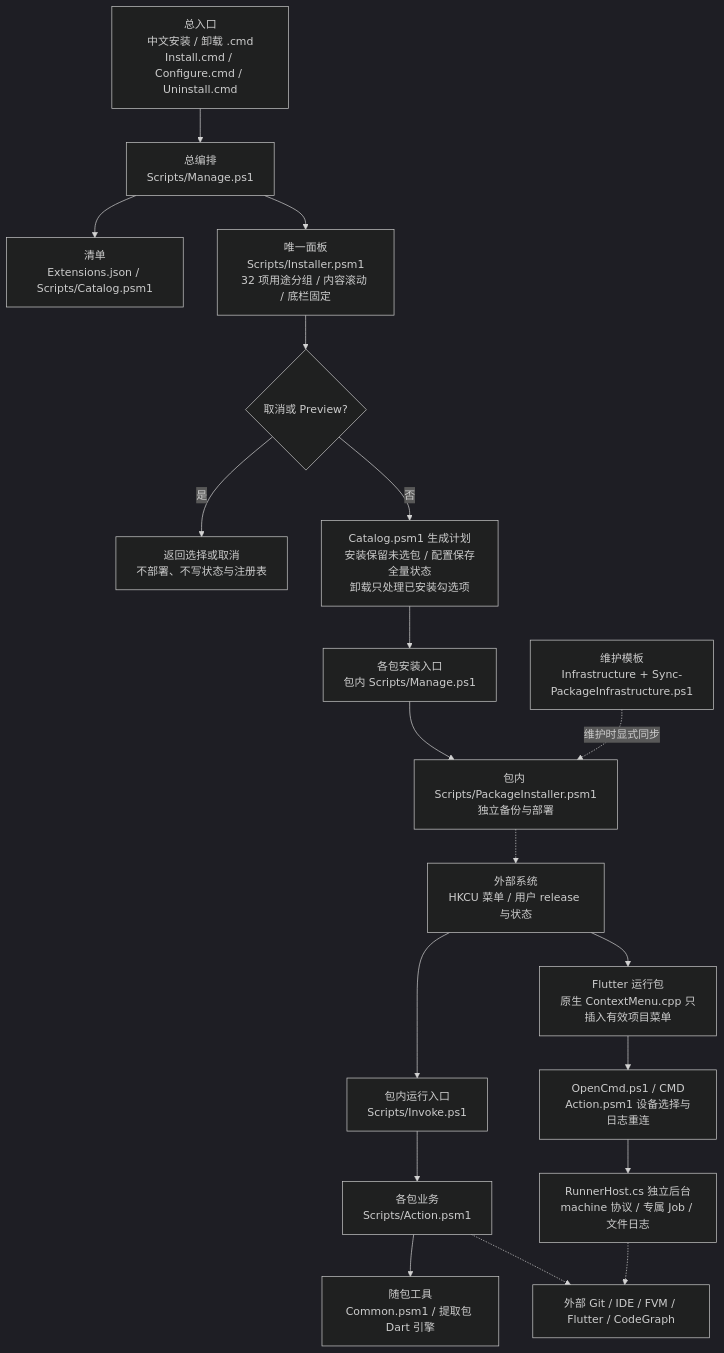
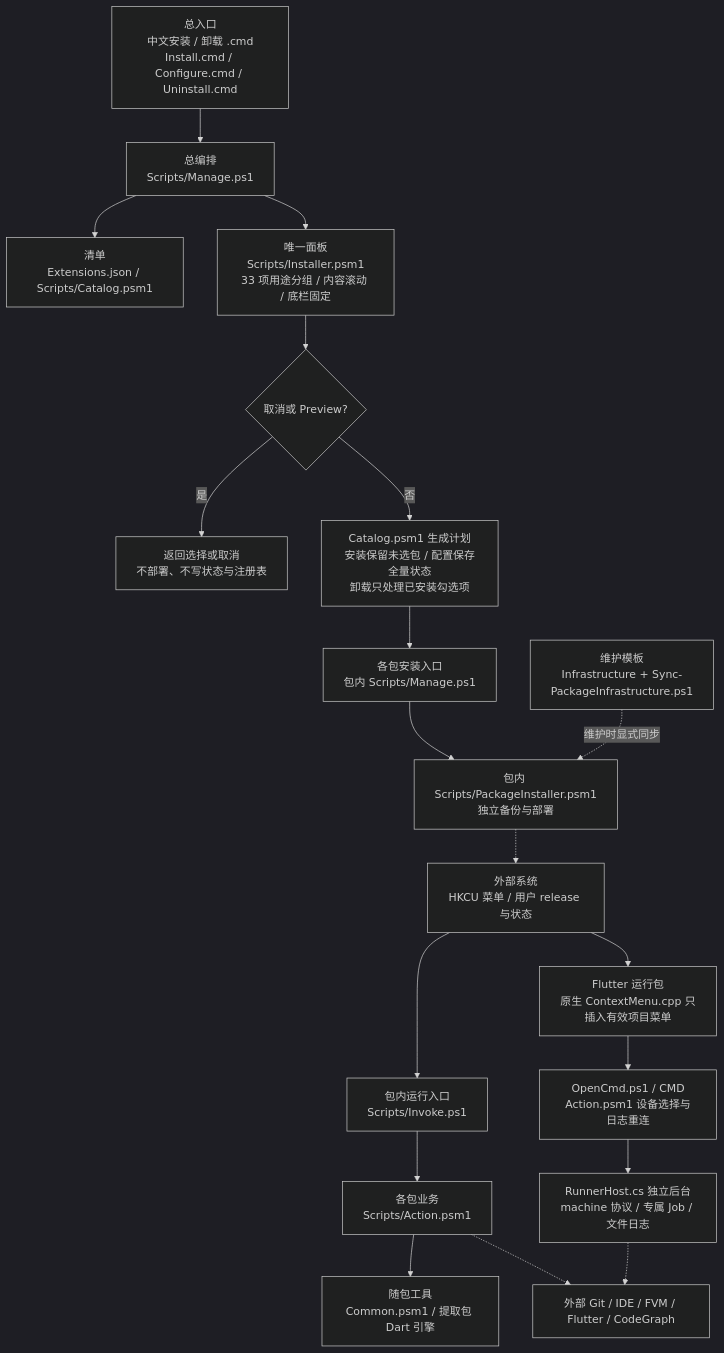
Before and after one commit to JobsKits/WindowsOS_Extension: the first of 3 diagrams in README.md, drawn with Mermaid (dark theme). The commit also changed other lines of this file and 24 other files, not shown here.

````diff
--- a/README.md
+++ b/README.md
@@ -556,21 +557,21 @@
 ```mermaid
 flowchart TD
     A["总入口<br/>中文安装 / 卸载 .cmd<br/>Install.cmd / Configure.cmd / Uninstall.cmd"] --> B["总编排<br/>Scripts/Manage.ps1"]
     B --> C["清单<br/>Extensions.json / Scripts/Catalog.psm1"]
-    B --> D["唯一面板<br/>Scripts/Installer.psm1<br/>32 项用途分组 / 内容滚动 / 底栏固定"]
+    B --> D["唯一面板<br/>Scripts/Installer.psm1<br/>33 项用途分组 / 内容滚动 / 底栏固定"]
     D --> P{"取消或 Preview?"}
     P -->|是| Q["返回选择或取消<br/>不部署、不写状态与注册表"]
     P -->|否| R["Catalog.psm1 生成计划<br/>安装保留未选包 / 配置保存全量状态<br/>卸载只处理已安装勾选项"]
     R --> E["各包安装入口<br/>包内 Scripts/Manage.ps1"]
     E --> F["包内 Scripts/PackageInstaller.psm1<br/>独立备份与部署"]
     F -.-> G["外部系统<br/>HKCU 菜单 / 用户 release 与状态"]
     G --> H["包内运行入口<br/>Scripts/Invoke.ps1"]
     H --> I["各包业务<br/>Scripts/Action.psm1"]
     I --> J["随包工具<br/>Common.psm1 / 提取包 Dart 引擎"]
     I -.-> K["外部 Git / IDE / FVM / Flutter / CodeGraph"]
     G --> N["Flutter 运行包<br/>原生 ContextMenu.cpp 只插入有效项目菜单"]
     N --> O["OpenCmd.ps1 / CMD<br/>Action.psm1 设备选择与日志重连"]
     O --> T["RunnerHost.cs 独立后台<br/>machine 协议 / 专属 Job / 文件日志"]
     T -.-> K
     L["维护模板<br/>Infrastructure + Sync-PackageInfrastructure.ps1"] -.->|维护时显式同步| F
 ```
````
